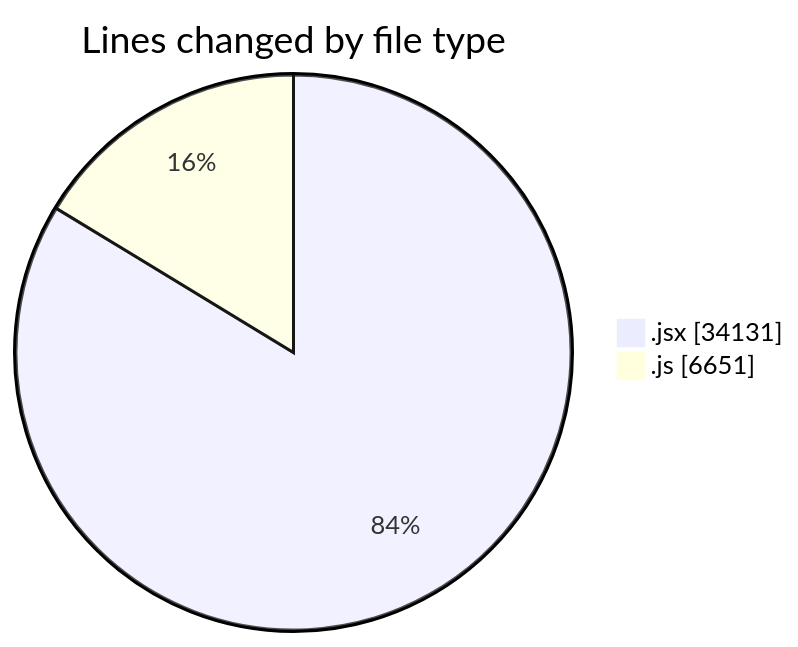
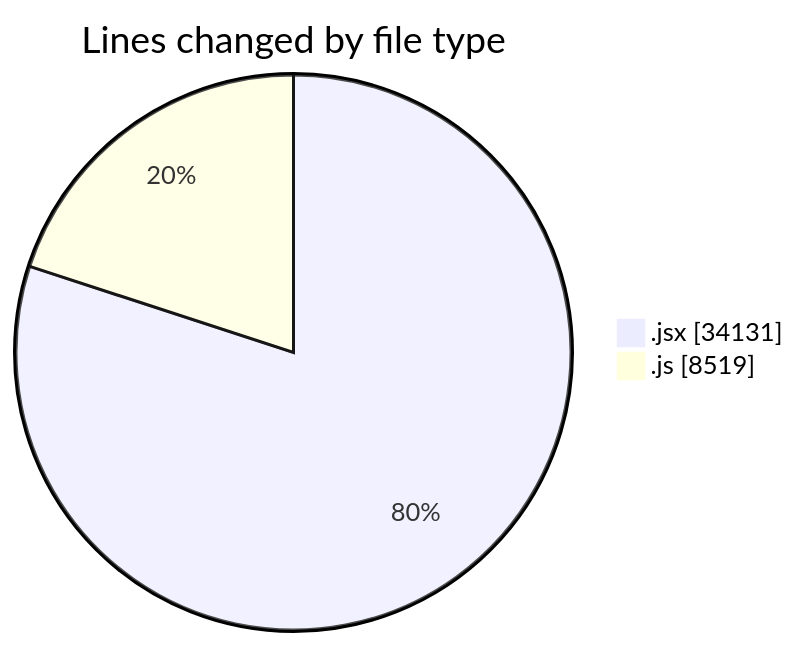
Before and after one commit to nxtqubesakshisongat/code-tracking: the first of 2 diagrams in 2025-09-29/nxtqube_webapp/README.md, drawn with Mermaid. The commit also changed other lines of this file and 1 other file, not shown here.

````diff
--- a/2025-09-29/nxtqube_webapp/README.md
+++ b/2025-09-29/nxtqube_webapp/README.md
@@ -22,6 +22,6 @@
 ```mermaid
 pie showData
 title Lines changed by file type
 ".jsx" : 34131
-".js" : 6651
+".js" : 8519
 ```
````
